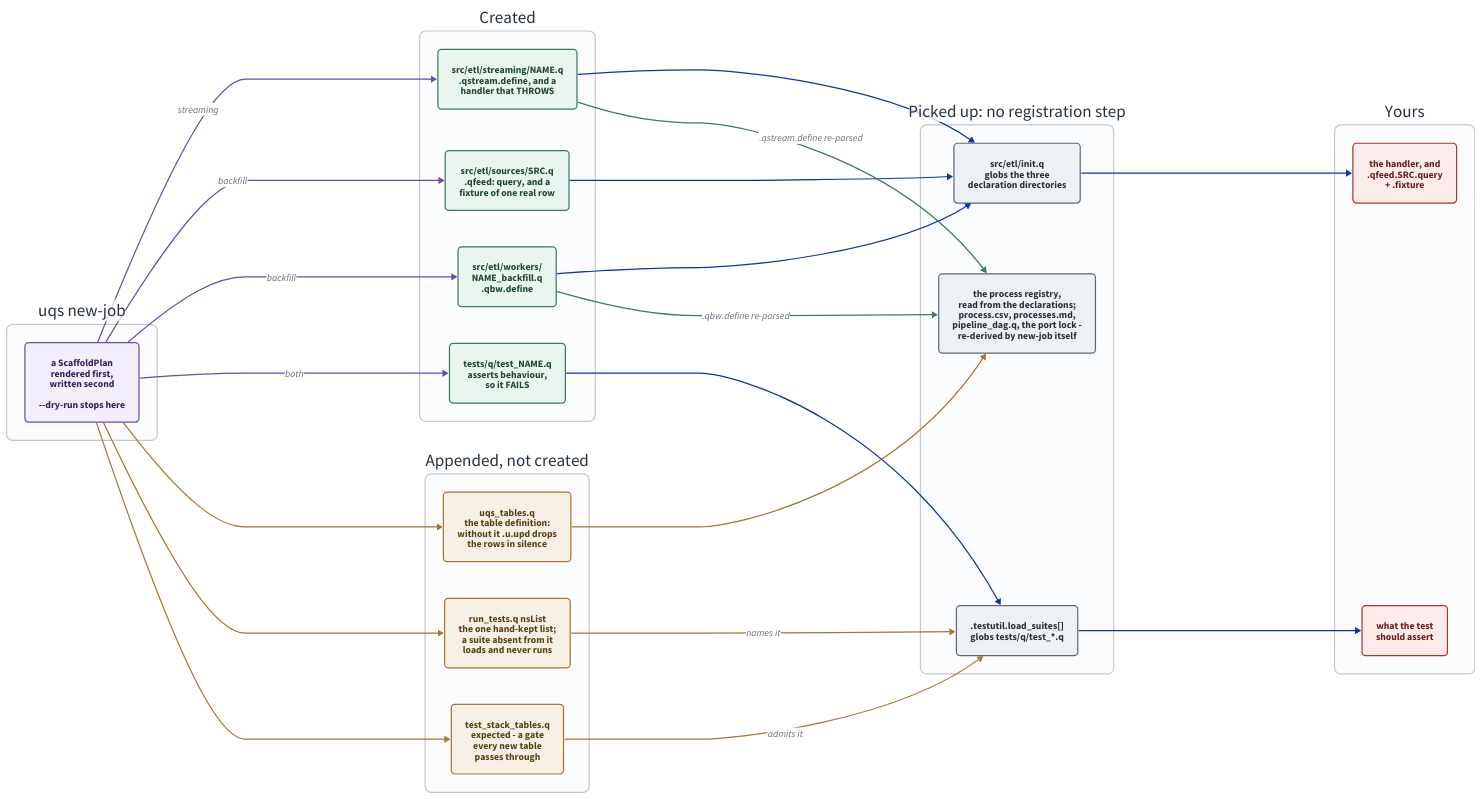
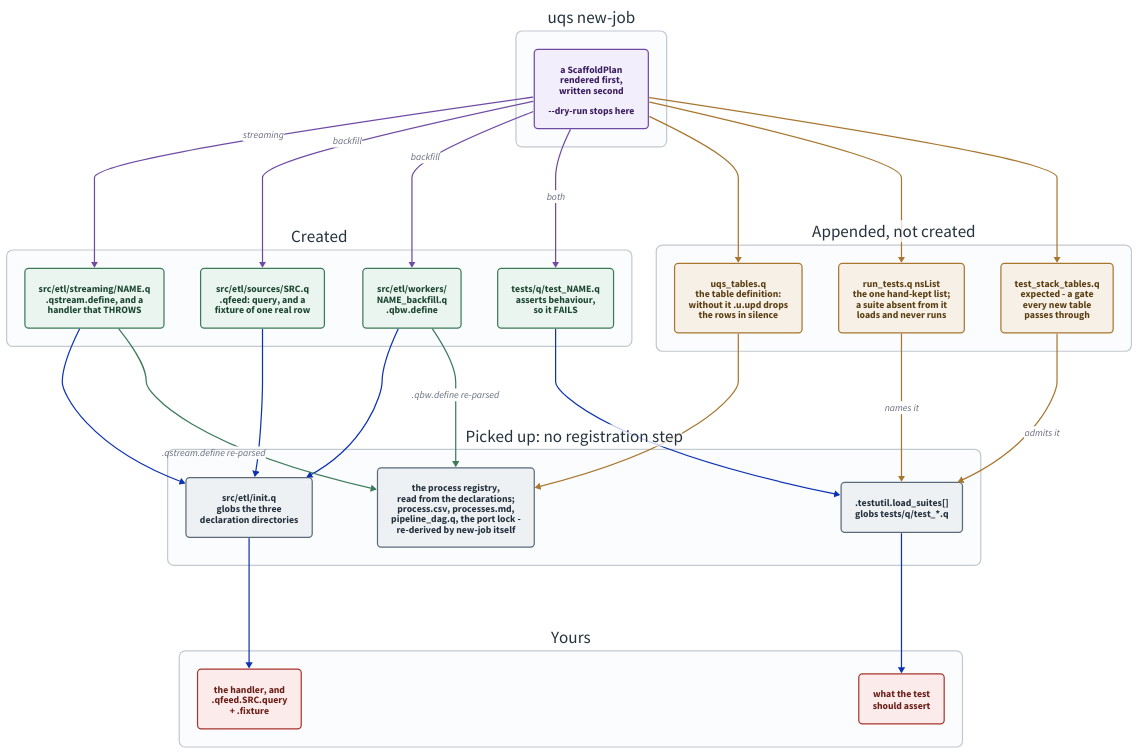
One commit to kwojdalski/uqf changed the diagram in docs/diagrams/scaffolding.d2. Above: the diagram before and after it, drawn with D2. The commit also changed 2 other files, not shown here.

Commit message:
diagrams: scaffolding reads top to bottom
`direction: right` -> `direction: down`, which is the call
pipeline-architecture-example.d2's own header already made and recorded:
right rendered this one 2489x1370, and a page showing a wide strip at its
column width shrinks every label past reading. Down is taller than wide and
a reader scrolls.

The bands still read in order - plan, created, appended, picked up, yours -
so only the axis changed. Confirmed in the rendered SVG: `uqs new-job` at
y=7, Created and Appended side by side at y~360, Picked up at y=693, Yours
at y=1023. 1926x1296 now, from 2489x1370.

Nothing about the diagram's content moved: the label set is byte-identical
before and after, 46 either way, so this is layout only.

new-pipeline.md said "Read it left to right", which the flip would have made
wrong. It says top to bottom.

The deck embeds this with .r-stretch on a 1600x900 slide, where the new
aspect is if anything kinder - fitted to the same height it scales 0.57
rather than 0.54, so the labels come out marginally larger.

render_diagrams --check clean on all 10, doc-links clean on 34.

Claude-Session: https://claude.ai/code/session_01XH9jtmLXkgnuF7RweSoQBP

```diff
--- a/docs/diagrams/scaffolding.d2
+++ b/docs/diagrams/scaffolding.d2
@@ -1,143 +1,150 @@
 # scaffolding.d2 - what `uqs new-job` writes, and what picks each file
 # up afterwards.
 #
 # Rendered by scripts/generate/render_diagrams.py, which CI runs with
 # --check. Embedded from docs/guides/new-pipeline.md.
 #
 # THE THING THIS DRAWS is that there is no registration step. Three
 # directories are globbed by src/etl/init.q and one by .testutil.load_suites,
 # so a new file is loaded because it exists - and the process registry is
 # READ from the job files' own declarations, so a job needs no entry
 # anywhere else. The APPENDS are the facts that are NOT derivable from the
 # tree - the table definition, nsList, the one hand-kept list of test
 # namespaces, and the q suite's list of tables, a deliberate gate - which is
 # why they are the only places the scaffold has to edit rather than create.
 # Everything derived, new-job regenerates itself before it returns, the port
 # lock included.
 #
 # The other thing worth seeing is the red column. The scaffold writes the
 # SHAPE and never the logic: the generated handler throws and the generated
 # test fails, deliberately, because a scaffold that left something green
 # behind would make "generated" and "implemented" look the same from outside.
 # That is the state stack_smoke.py exists to catch - a process that is `up`,
 # heartbeating, and publishing nothing.
+#
+# ON DIRECTION. Down, not right, for the reason
+# pipeline-architecture-example.d2's own header gives: right rendered this
+# 2489x1370, and a page that shows a wide strip at its column width shrinks
+# every label past reading. Down is taller than wide, and a reader scrolls.
+# The bands still read in order - plan, created, appended, picked up, yours -
+# it is the axis that changed, so new-pipeline.md says "top to bottom".
 
 
-direction: right
+direction: down
 
 vars: {
   d2-config: {
     pad: 40
   }
 }
 
 classes: {
   command: {
     style: {
       fill: "#f3eefb"
       stroke: "#6f4aa5"
       font-color: "#3a1e5f"
       border-radius: 6
     }
   }
   created: {
     style: {
       fill: "#eaf5ef"
       stroke: "#3d7a5a"
       font-color: "#1d4733"
       border-radius: 6
     }
   }
   appended: {
     style: {
       fill: "#f6f0e6"
       stroke: "#a8762f"
       font-color: "#5c3f13"
       border-radius: 6
     }
   }
   derived: {
     style: {
       fill: "#eef1f4"
       stroke: "#5a6a78"
       font-color: "#25323d"
       border-radius: 6
     }
   }
   todo: {
     style: {
       fill: "#fbeceb"
       stroke: "#a8342c"
       font-color: "#6b1e18"
       border-radius: 6
     }
   }
   band: {
     style: {
       fill: "#fbfcfd"
       stroke: "#c3c9cf"
       stroke-width: 2
       border-radius: 10
       font-color: "#25323d"
     }
   }
 }
 
 cmd: "uqs new-job" {
   class: band
 
   plan: "a ScaffoldPlan\nrendered first,\nwritten second\n\n--dry-run stops here" { class: command }
 }
 
 written: "Created" {
   class: band
 
   job: "src/etl/streaming/NAME.q\n.qstream.define, and a\nhandler that THROWS" { class: created }
   source: "src/etl/sources/SRC.q\n.qfeed: query, and a\nfixture of one real row" { class: created }
   worker: "src/etl/workers/\nNAME_backfill.q\n.qbw.define" { class: created }
   test: "tests/q/test_NAME.q\nasserts behaviour,\nso it FAILS" { class: created }
 }
 
 appended: "Appended, not created" {
   class: band
 
   tables: "uqs_tables.q\nthe table definition:\nwithout it .u.upd drops\nthe rows in silence" { class: appended }
   nslist: "run_tests.q nsList\nthe one hand-kept list;\na suite absent from it\nloads and never runs" { class: appended }
   tablelist: "test_stack_tables.q\nexpected - a gate\nevery new table\npasses through" { class: appended }
 }
 
 picked_up: "Picked up: no registration step" {
   class: band
 
   init: "src/etl/init.q\nglobs the three\ndeclaration directories" { class: derived }
   suites: ".testutil.load_suites[]\nglobs tests/q/test_*.q" { class: derived }
   consumers: "the process registry,\nread from the declarations;\nprocess.csv, processes.md,\npipeline_dag.q, the port lock -\nre-derived by new-job itself" { class: derived }
 }
 
 todo: "Yours" {
   class: band
 
   logic: "the handler, and\n.qfeed.SRC.query\n+ .fixture" { class: todo }
   assertion: "what the test\nshould assert" { class: todo }
 }
 
 cmd.plan -> written.job: "streaming" { style.stroke: "#6f4aa5" }
 cmd.plan -> written.source: "backfill" { style.stroke: "#6f4aa5" }
 cmd.plan -> written.worker: "backfill" { style.stroke: "#6f4aa5" }
 cmd.plan -> written.test: "both" { style.stroke: "#6f4aa5" }
 cmd.plan -> appended.tables { style.stroke: "#a8762f" }
 cmd.plan -> appended.nslist { style.stroke: "#a8762f" }
 cmd.plan -> appended.tablelist { style.stroke: "#a8762f" }
 
 written.job -> picked_up.init
 written.source -> picked_up.init
 written.worker -> picked_up.init
 written.test -> picked_up.suites
 appended.nslist -> picked_up.suites: "names it" { style.stroke: "#a8762f" }
 appended.tablelist -> picked_up.suites: "admits it" { style.stroke: "#a8762f" }
 appended.tables -> picked_up.consumers { style.stroke: "#a8762f" }
 written.job -> picked_up.consumers: ".qstream.define re-parsed" { style.stroke: "#3d7a5a" }
 written.worker -> picked_up.consumers: ".qbw.define re-parsed" { style.stroke: "#3d7a5a" }
 
 picked_up.init -> todo.logic
 picked_up.suites -> todo.assertion
```
